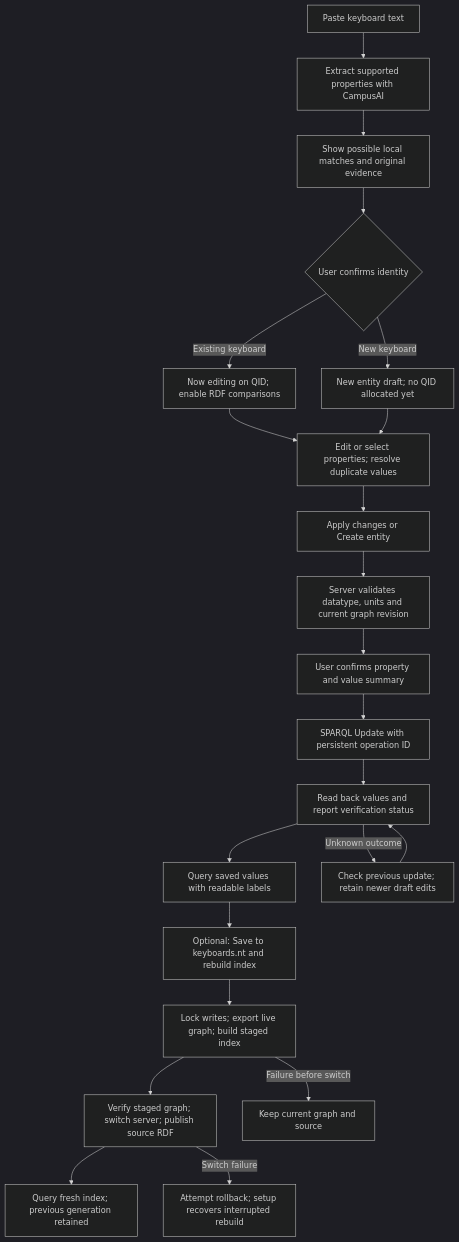
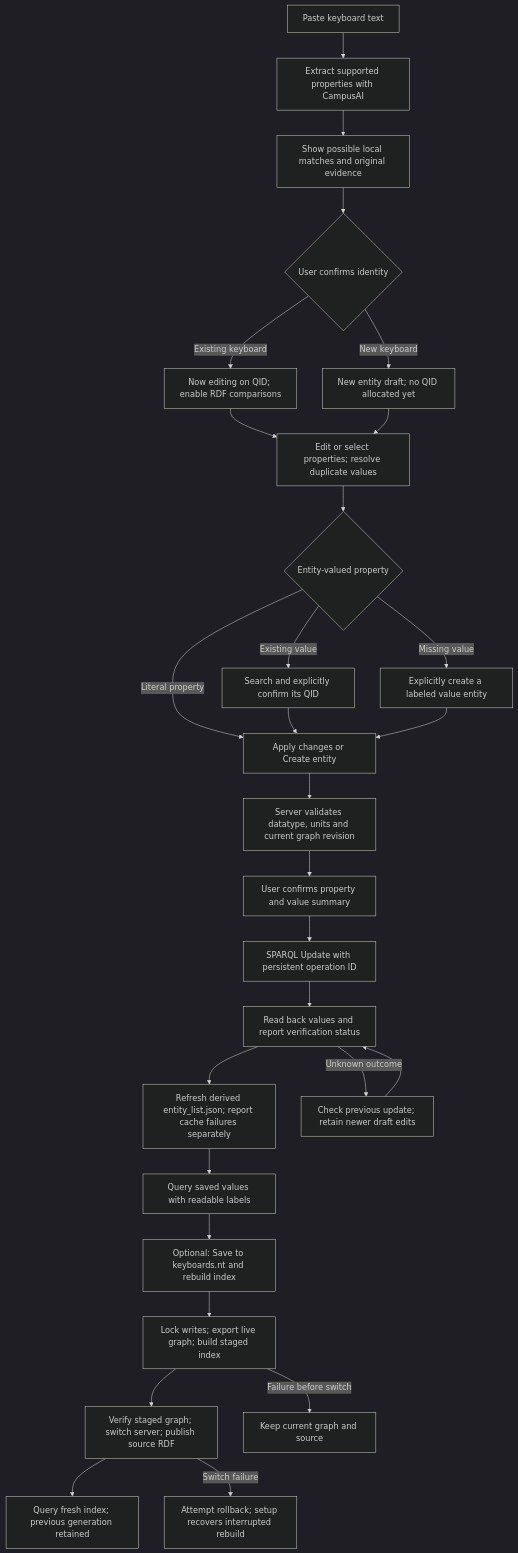
The first of 3 diagrams in workflow.md (hawks23/anywikia), drawn with Mermaid (dark theme) before and after one commit. The commit also changed other lines of this file and 5 other files, not shown here.

First line of the commit message:
Update entity creation diagrams and final run instructions

````diff
--- a/workflow.md
+++ b/workflow.md
@@ -8,24 +8,30 @@
 ```mermaid
 flowchart TD
     A[Paste keyboard text] --> B[Extract supported properties with CampusAI]
     B --> C[Show possible local matches and original evidence]
     C --> D{User confirms identity}
     D -->|Existing keyboard| E[Now editing on QID; enable RDF comparisons]
     D -->|New keyboard| F[New entity draft; no QID allocated yet]
     E --> G[Edit or select properties; resolve duplicate values]
     F --> G
-    G --> H[Apply changes or Create entity]
+    G --> V{Entity-valued property}
+    V -->|Existing value| W[Search and explicitly confirm its QID]
+    V -->|Missing value| X[Explicitly create a labeled value entity]
+    V -->|Literal property| H[Apply changes or Create entity]
+    W --> H
+    X --> H
     H --> I[Server validates datatype, units and current graph revision]
     I --> J[User confirms property and value summary]
     J --> K[SPARQL Update with persistent operation ID]
     K --> L[Read back values and report verification status]
-    L --> M[Query saved values with readable labels]
+    L --> CAT[Refresh derived entity_list.json; report cache failures separately]
+    CAT --> M[Query saved values with readable labels]
     L -->|Unknown outcome| R[Check previous update; retain newer draft edits]
     R --> L
     M --> N[Optional: Save to keyboards.nt and rebuild index]
     N --> O[Lock writes; export live graph; build staged index]
     O --> P[Verify staged graph; switch server; publish source RDF]
     P --> Q[Query fresh index; previous generation retained]
     O -->|Failure before switch| S[Keep current graph and source]
     P -->|Switch failure| T[Attempt rollback; setup recovers interrupted rebuild]
 ```
````
